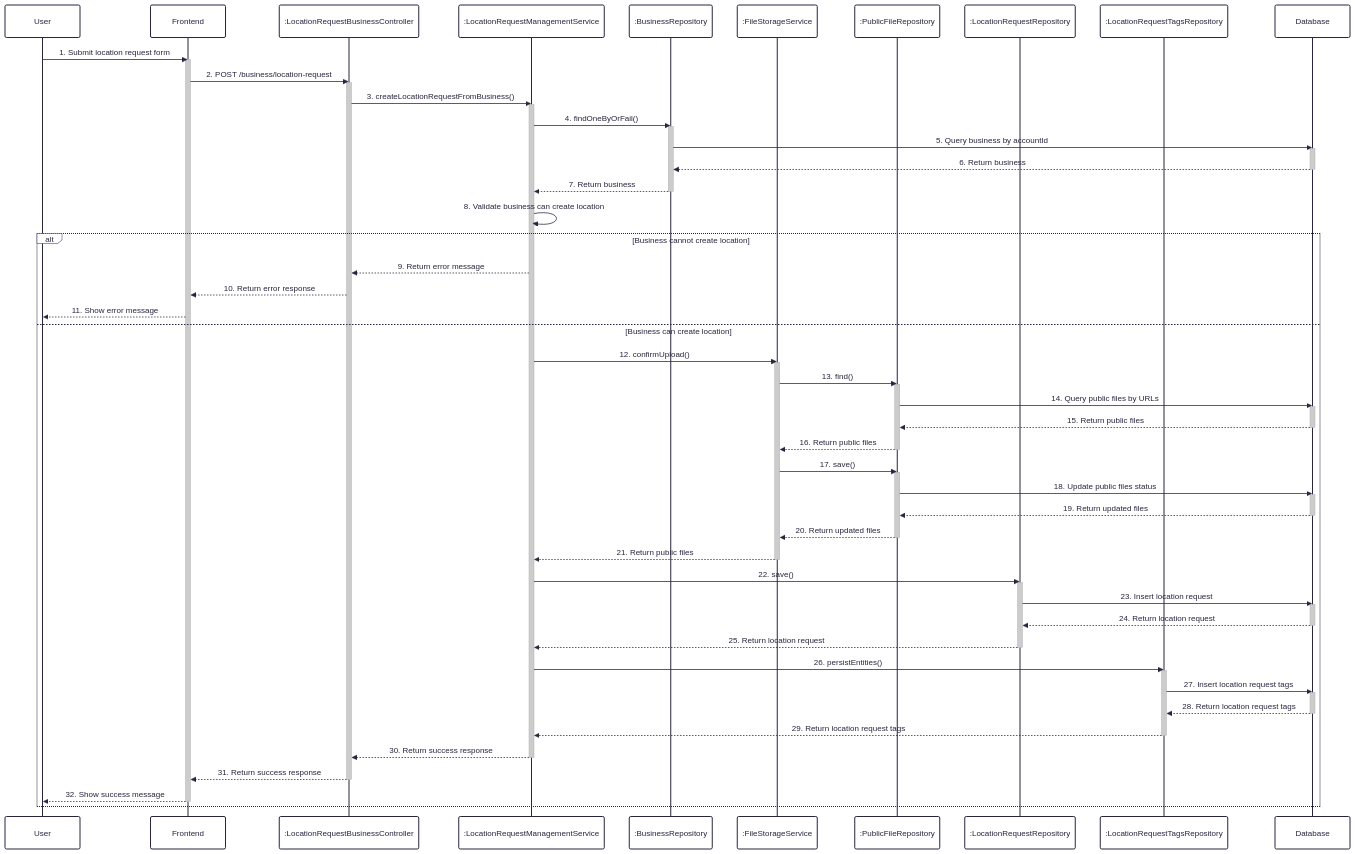
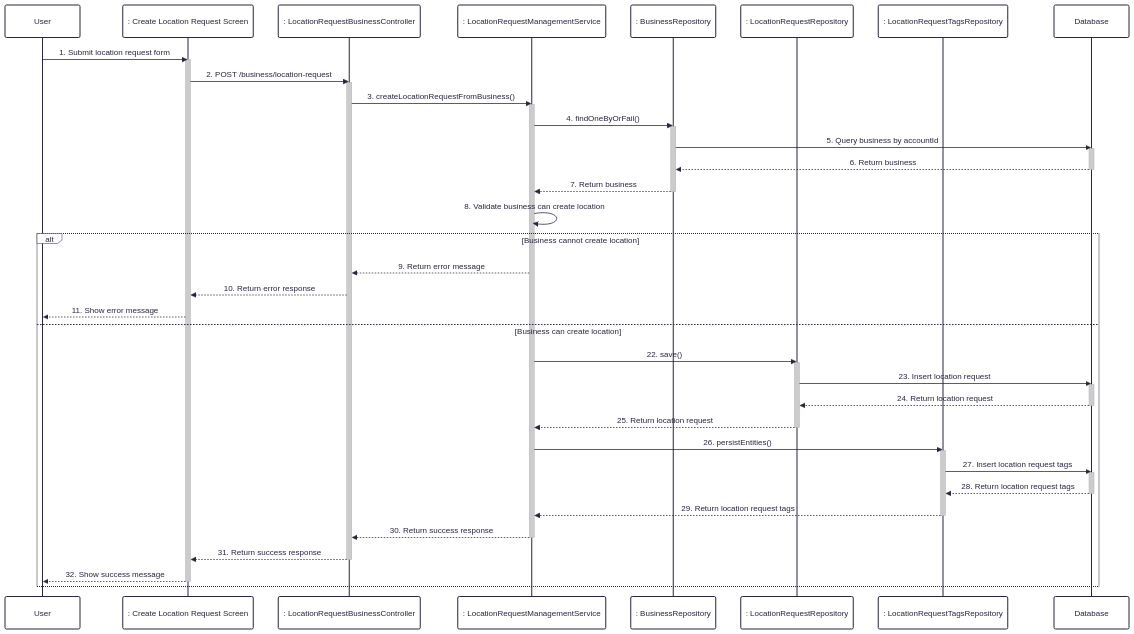
The diagram in docs/sequence/3-create-location-request.md (UrbanLens-2025/urban-lens_server), drawn with Mermaid before and after one commit. The commit also changed 11 other files, not shown here.

Commit message:
Sequence diagrams

````diff
--- a/docs/sequence/3-create-location-request.md
+++ b/docs/sequence/3-create-location-request.md
@@ -1,82 +1,60 @@
 ```mermaid
 ---
 config:
   theme: redux
   look: classic
 ---
 sequenceDiagram
     participant User
-    participant Frontend
-    participant LocationRequestBusinessController as :LocationRequestBusinessController
-    participant LocationRequestManagementService as :LocationRequestManagementService
-    participant BusinessRepository as :BusinessRepository
-    participant FileStorageService as :FileStorageService
-    participant PublicFileRepository as :PublicFileRepository
-    participant LocationRequestRepository as :LocationRequestRepository
-    participant LocationRequestTagsRepository as :LocationRequestTagsRepository
+    participant Frontend as : Create Location Request Screen
+    participant LocationRequestBusinessController as : LocationRequestBusinessController
+    participant LocationRequestManagementService as : LocationRequestManagementService
+    participant BusinessRepository as : BusinessRepository
+    participant LocationRequestRepository as : LocationRequestRepository
+    participant LocationRequestTagsRepository as : LocationRequestTagsRepository
     participant Database
 
     User->>Frontend: 1. Submit location request form
     activate Frontend
     Frontend->>LocationRequestBusinessController: 2. POST /business/location-request
     activate LocationRequestBusinessController
     LocationRequestBusinessController->>LocationRequestManagementService: 3. createLocationRequestFromBusiness()
     activate LocationRequestManagementService
     LocationRequestManagementService->>BusinessRepository: 4. findOneByOrFail()
     activate BusinessRepository
     BusinessRepository->>Database: 5. Query business by accountId
     activate Database
     Database-->>BusinessRepository: 6. Return business
     deactivate Database
     BusinessRepository-->>LocationRequestManagementService: 7. Return business
     deactivate BusinessRepository
     LocationRequestManagementService->>LocationRequestManagementService: 8. Validate business can create location
     alt Business cannot create location
         LocationRequestManagementService-->>LocationRequestBusinessController: 9. Return error message
         LocationRequestBusinessController-->>Frontend: 10. Return error response
         Frontend-->>User: 11. Show error message
     else Business can create location
-        LocationRequestManagementService->>FileStorageService: 12. confirmUpload()
-        activate FileStorageService
-        FileStorageService->>PublicFileRepository: 13. find()
-        activate PublicFileRepository
-        PublicFileRepository->>Database: 14. Query public files by URLs
-        activate Database
-        Database-->>PublicFileRepository: 15. Return public files
-        deactivate Database
-        PublicFileRepository-->>FileStorageService: 16. Return public files
-        deactivate PublicFileRepository
-        FileStorageService->>PublicFileRepository: 17. save()
-        activate PublicFileRepository
-        PublicFileRepository->>Database: 18. Update public files status
-        activate Database
-        Database-->>PublicFileRepository: 19. Return updated files
-        deactivate Database
-        PublicFileRepository-->>FileStorageService: 20. Return updated files
-        deactivate PublicFileRepository
-        FileStorageService-->>LocationRequestManagementService: 21. Return public files
-        deactivate FileStorageService
         LocationRequestManagementService->>LocationRequestRepository: 22. save()
         activate LocationRequestRepository
         LocationRequestRepository->>Database: 23. Insert location request
         activate Database
         Database-->>LocationRequestRepository: 24. Return location request
         deactivate Database
         LocationRequestRepository-->>LocationRequestManagementService: 25. Return location request
         deactivate LocationRequestRepository
         LocationRequestManagementService->>LocationRequestTagsRepository: 26. persistEntities()
         activate LocationRequestTagsRepository
         LocationRequestTagsRepository->>Database: 27. Insert location request tags
         activate Database
         Database-->>LocationRequestTagsRepository: 28. Return location request tags
         deactivate Database
         LocationRequestTagsRepository-->>LocationRequestManagementService: 29. Return location request tags
         deactivate LocationRequestTagsRepository
         LocationRequestManagementService-->>LocationRequestBusinessController: 30. Return success response
         deactivate LocationRequestManagementService
         LocationRequestBusinessController-->>Frontend: 31. Return success response
         deactivate LocationRequestBusinessController
         Frontend-->>User: 32. Show success message
         deactivate Frontend
     end
 ```
````
